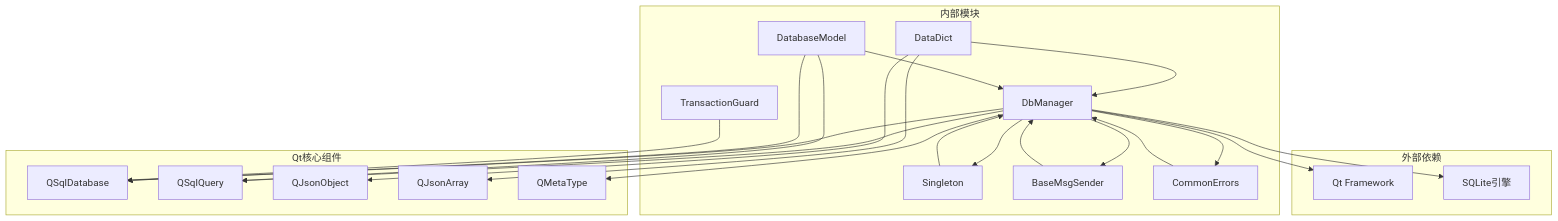
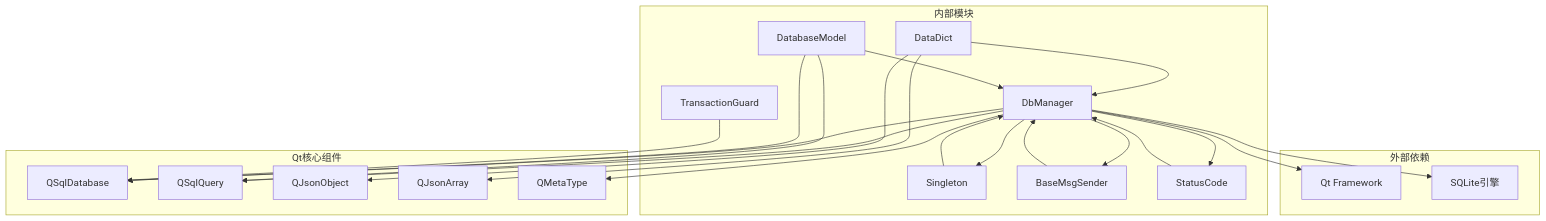
Before and after one commit to ihula/QmlPlugins: diagram 11 of 12 in .qoder/repowiki/zh/content/核心模块/数据库管理模块.md, drawn with Mermaid. The commit also changed other lines of this file and 13 other files, not shown here.

````diff
--- a/.qoder/repowiki/zh/content/核心模块/数据库管理模块.md
+++ b/.qoder/repowiki/zh/content/核心模块/数据库管理模块.md
@@ -466,41 +481,41 @@
 ```mermaid
 graph TB
 subgraph "外部依赖"
 QT[Qt Framework]
 SQLITE[SQLite引擎]
 end
 subgraph "内部模块"
 DM[DbManager]
 DD[DataDict]
 DBM[DatabaseModel]
 TG[TransactionGuard]
 SM[Singleton]
 BMS[BaseMsgSender]
-CE[CommonErrors]
+CE[StatusCode]
 end
 subgraph "Qt核心组件"
 QDB[QSqlDatabase]
 QSQ[QSqlQuery]
 QJS[QJsonObject]
 QJA[QJsonArray]
 QMT[QMetaType]
 end
 DM --> QT
 DM --> SQLITE
 DM --> QDB
 DM --> QSQ
 DM --> QMT
 DD --> DM
 DD --> QJS
 DD --> QJA
 DBM --> DM
 DBM --> QDB
 DBM --> QSQ
 TG --> QDB
 SM --> DM
 BMS --> DM
 CE --> DM
 DM --> SM
 DM --> BMS
 DM --> CE
 ```
````
